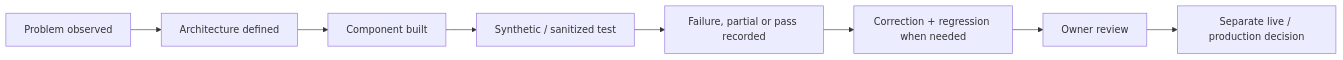
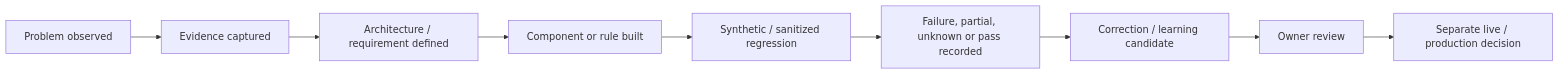
The diagram in TECHNICAL_EVIDENCE_INDEX.md (Alvaro-Olivas/GoNica-Evidence-Room), drawn with Mermaid before and after one commit. The commit also changed other lines of this file, not shown here.

Commit message:
Refresh technical evidence index through Aug 19

````diff
--- a/TECHNICAL_EVIDENCE_INDEX.md
+++ b/TECHNICAL_EVIDENCE_INDEX.md
@@ -50,10 +56,11 @@
 ```mermaid
 flowchart LR
-    A[Problem observed] --> B[Architecture defined]
-    B --> C[Component built]
-    C --> D[Synthetic / sanitized test]
-    D --> E[Failure, partial or pass recorded]
-    E --> F[Correction + regression when needed]
-    F --> G[Owner review]
-    G --> H[Separate live / production decision]
+    A[Problem observed] --> B[Evidence captured]
+    B --> C[Architecture / requirement defined]
+    C --> D[Component or rule built]
+    D --> E[Synthetic / sanitized regression]
+    E --> F[Failure, partial, unknown or pass recorded]
+    F --> G[Correction / learning candidate]
+    G --> H[Owner review]
+    H --> I[Separate live / production decision]
 ```
````
